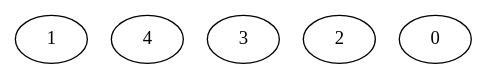
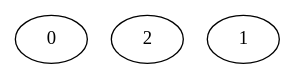
One commit to sfu-arch/chainsaw changed the diagram in chainer/graph.dot. Above: the diagram before and after it, drawn with Graphviz. The commit also changed 8 other files, not shown here.

```diff
--- a/chainer/graph.dot
+++ b/chainer/graph.dot
@@ -1,19 +1,13 @@
 strict digraph "" {
-	graph [bb="0,0,180,162"];
+	graph [bb="0,0,132,114"];
 	node [label="\N"];
-	1	[height=0.5,
-		pos="75,78",
-		width=0.75];
-	4	[height=0.5,
-		pos="147,138",
-		width=0.75];
-	3	[height=0.5,
-		pos="153,60",
+	0	[height=0.5,
+		pos="27,36",
 		width=0.75];
 	2	[height=0.5,
-		pos="69,144",
+		pos="99,96",
 		width=0.75];
-	0	[height=0.5,
-		pos="27,18",
+	1	[height=0.5,
+		pos="105,18",
 		width=0.75];
 }
```
